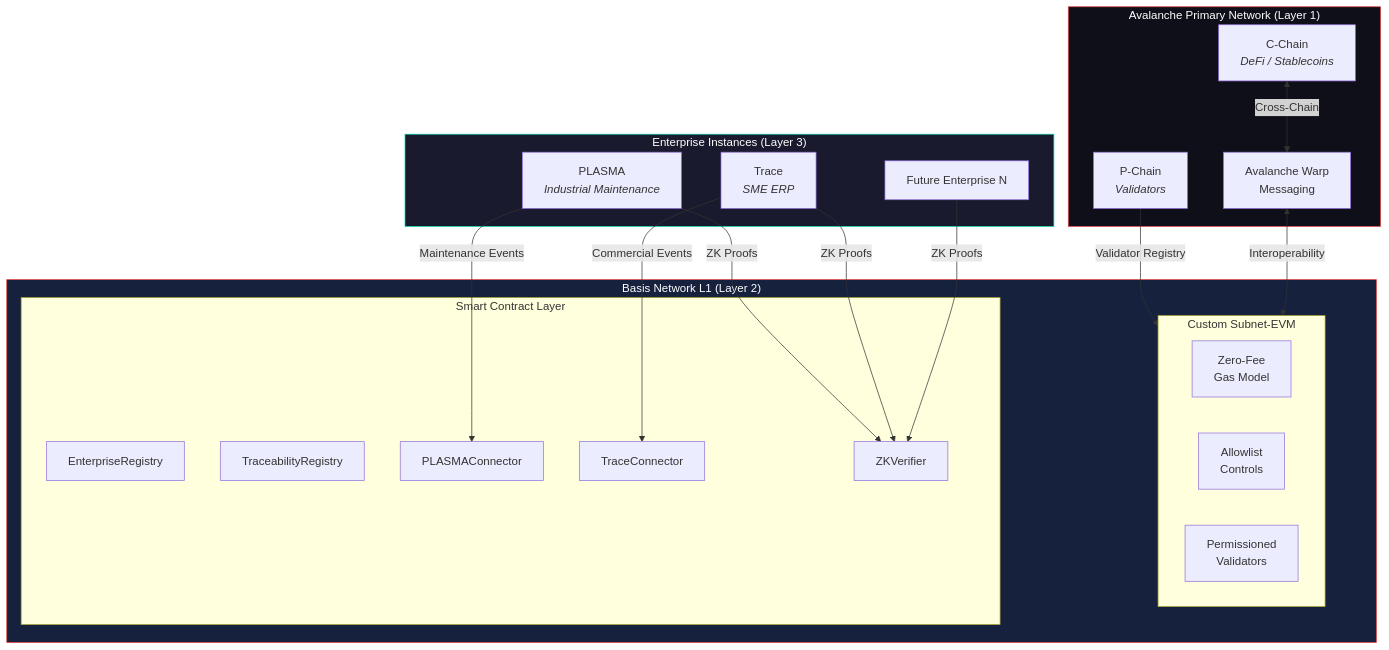
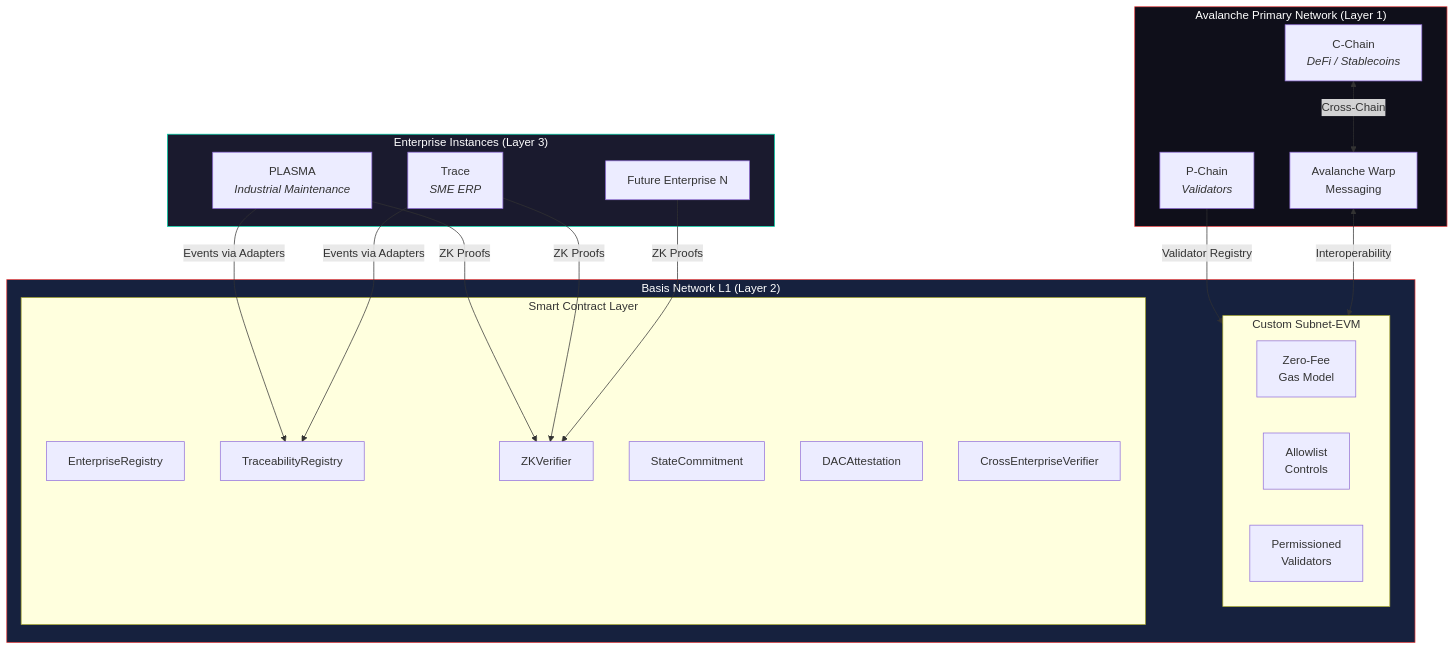
The first of 8 diagrams in docs/ARCHITECTURE.md (sebastian-quintero-osorio/basis-network), drawn with Mermaid before and after one commit. The commit also changed other lines of this file and 6 other files, not shown here.

First line of the commit message:
docs: update all documentation for generic L1 settlement architecture

````diff
--- a/docs/ARCHITECTURE.md
+++ b/docs/ARCHITECTURE.md
@@ -7,43 +7,44 @@
 ```mermaid
 graph TB
     subgraph L3["Enterprise Instances (Layer 3)"]
         E1["PLASMA<br/><i>Industrial Maintenance</i>"]
         E2["Trace<br/><i>SME ERP</i>"]
         E3["Future Enterprise N"]
     end
 
     subgraph L2["Basis Network L1 (Layer 2)"]
         subgraph VM["Custom Subnet-EVM"]
             ZF["Zero-Fee<br/>Gas Model"]
             AL["Allowlist<br/>Controls"]
             PV["Permissioned<br/>Validators"]
         end
         subgraph SC["Smart Contract Layer"]
             ER["EnterpriseRegistry"]
             TR["TraceabilityRegistry"]
-            PC["PLASMAConnector"]
-            TC["TraceConnector"]
             ZK["ZKVerifier"]
+            SCM["StateCommitment"]
+            DAC["DACAttestation"]
+            CEV["CrossEnterpriseVerifier"]
         end
     end
 
     subgraph L1["Avalanche Primary Network (Layer 1)"]
         PC2["P-Chain<br/><i>Validators</i>"]
         CC["C-Chain<br/><i>DeFi / Stablecoins</i>"]
         AWM["Avalanche Warp<br/>Messaging"]
     end
 
     E1 -->|"ZK Proofs"| ZK
     E2 -->|"ZK Proofs"| ZK
     E3 -->|"ZK Proofs"| ZK
-    E1 -->|"Maintenance Events"| PC
-    E2 -->|"Commercial Events"| TC
+    E1 -->|"Events via Adapters"| TR
+    E2 -->|"Events via Adapters"| TR
 
     PC2 -->|"Validator Registry"| VM
     CC <-->|"Cross-Chain"| AWM
     AWM <-->|"Interoperability"| VM
 
     style L3 fill:#1a1a2e,stroke:#00d4aa,color:#fff
     style L2 fill:#16213e,stroke:#e84142,color:#fff
     style L1 fill:#0f0f1a,stroke:#e84142,color:#fff
 ```
````
